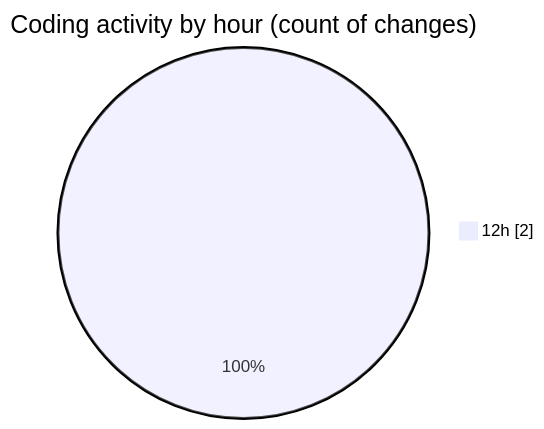
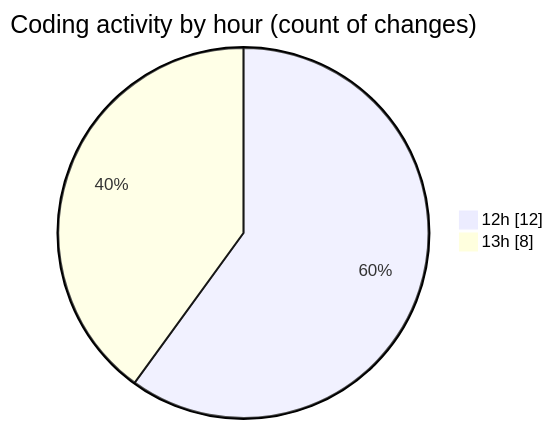
Before and after one commit to CELIANVF/code-tracking: the second of 2 diagrams in 2025-06-09/androidsumapp/README.md, drawn with Mermaid. The commit also changed other lines of this file and 1 other file, not shown here.

````diff
--- a/2025-06-09/androidsumapp/README.md
+++ b/2025-06-09/androidsumapp/README.md
@@ -28,5 +33,6 @@
 ```mermaid
 pie showData
 title Coding activity by hour (count of changes)
-"12h" : 2
+"12h" : 12
+"13h" : 8
 ```
````
